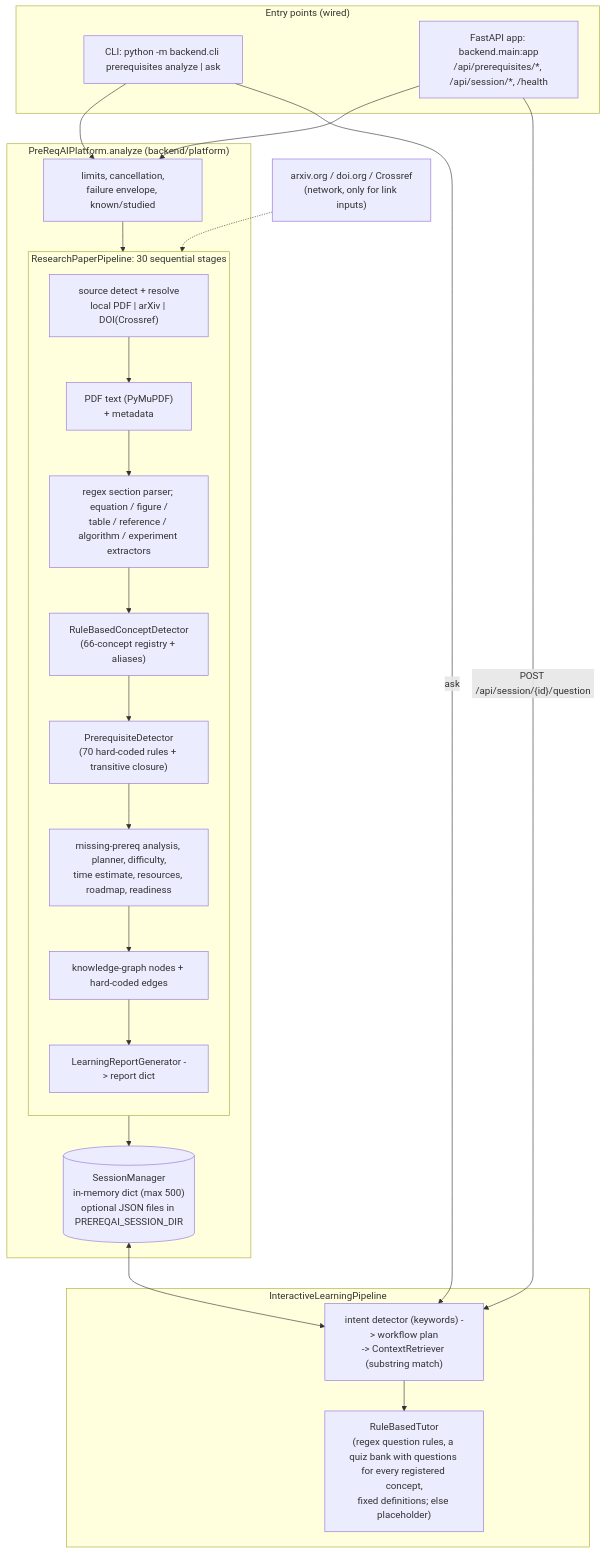
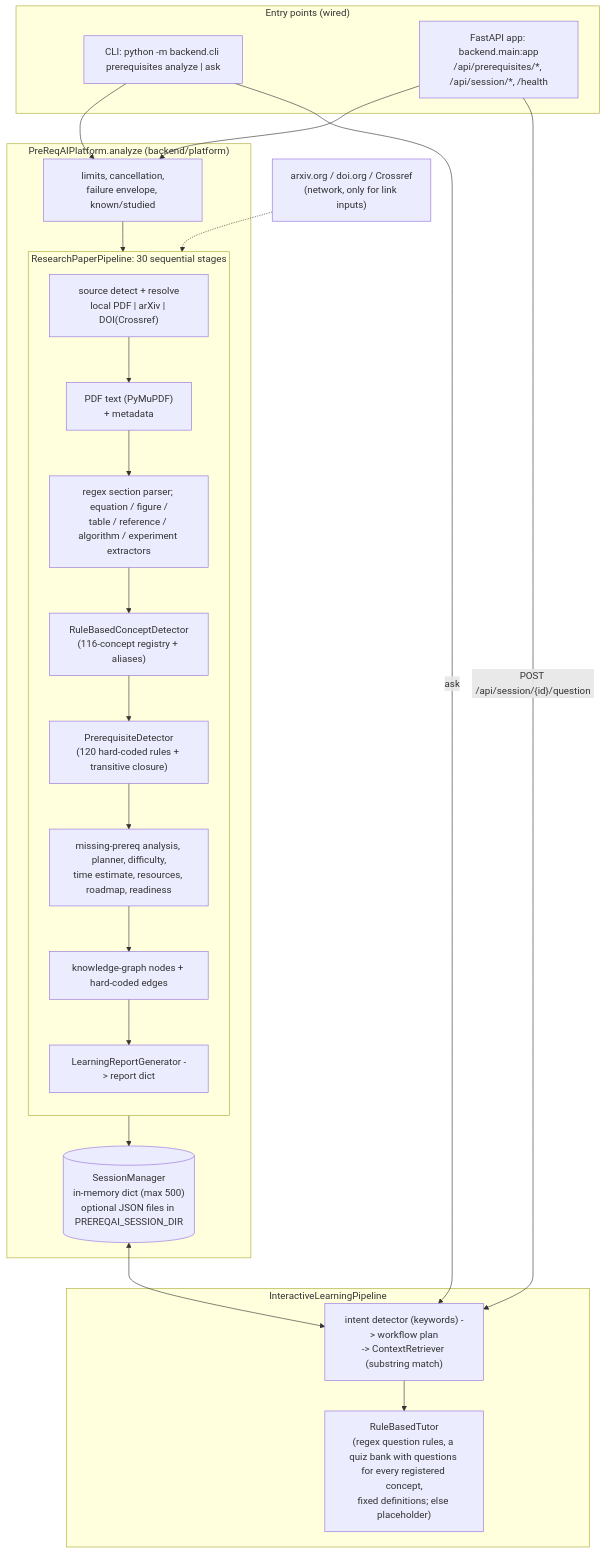
The first of 2 diagrams in ARCHITECTURE.md (23f2003574/PreReqAI), drawn with Mermaid before and after one commit. The commit also changed other lines of this file and 12 other files, not shown here.

````diff
--- a/ARCHITECTURE.md
+++ b/ARCHITECTURE.md
@@ -26,40 +26,40 @@
 ```mermaid
 flowchart TD
     subgraph Entry["Entry points (wired)"]
         CLI["CLI: python -m backend.cli prerequisites analyze | ask"]
         HTTP["FastAPI app: backend.main:app<br/>/api/prerequisites/*, /api/session/*, /health"]
     end
 
     CLI --> PLAT
     HTTP --> PLAT
 
     subgraph Core["PreReqAIPlatform.analyze (backend/platform)"]
         PLAT["limits, cancellation,<br/>failure envelope, known/studied"]
         PLAT --> PIPE
         subgraph PIPE["ResearchPaperPipeline: 30 sequential stages"]
             direction TB
             S1["source detect + resolve<br/>local PDF | arXiv | DOI(Crossref)"]
             S2["PDF text (PyMuPDF)<br/>+ metadata"]
             S3["regex section parser; equation / figure /<br/>table / reference / algorithm / experiment extractors"]
-            S4["RuleBasedConceptDetector<br/>(66-concept registry + aliases)"]
-            S5["PrerequisiteDetector<br/>(70 hard-coded rules + transitive closure)"]
+            S4["RuleBasedConceptDetector<br/>(116-concept registry + aliases)"]
+            S5["PrerequisiteDetector<br/>(120 hard-coded rules + transitive closure)"]
             S6["missing-prereq analysis, planner, difficulty,<br/>time estimate, resources, roadmap, readiness"]
             S7["knowledge-graph nodes + hard-coded edges"]
             S8["LearningReportGenerator -> report dict"]
             S1 --> S2 --> S3 --> S4 --> S5 --> S6 --> S7 --> S8
         end
         PIPE --> SM
     end
 
     SM[("SessionManager<br/>in-memory dict (max 500)<br/>optional JSON files in PREREQAI_SESSION_DIR")]
 
     HTTP -->|"POST /api/session/{id}/question"| ILP
     CLI -->|"ask"| ILP
     SM <--> ILP
     subgraph Tutor["InteractiveLearningPipeline"]
         ILP["intent detector (keywords) -> workflow plan<br/>-> ContextRetriever (substring match)"]
         ILP --> RBT["RuleBasedTutor<br/>(regex question rules, a quiz bank with questions for every registered concept,<br/>fixed definitions; else placeholder)"]
     end
 
     ext1["arxiv.org / doi.org / Crossref<br/>(network, only for link inputs)"] -.-> S1
 ```
````
